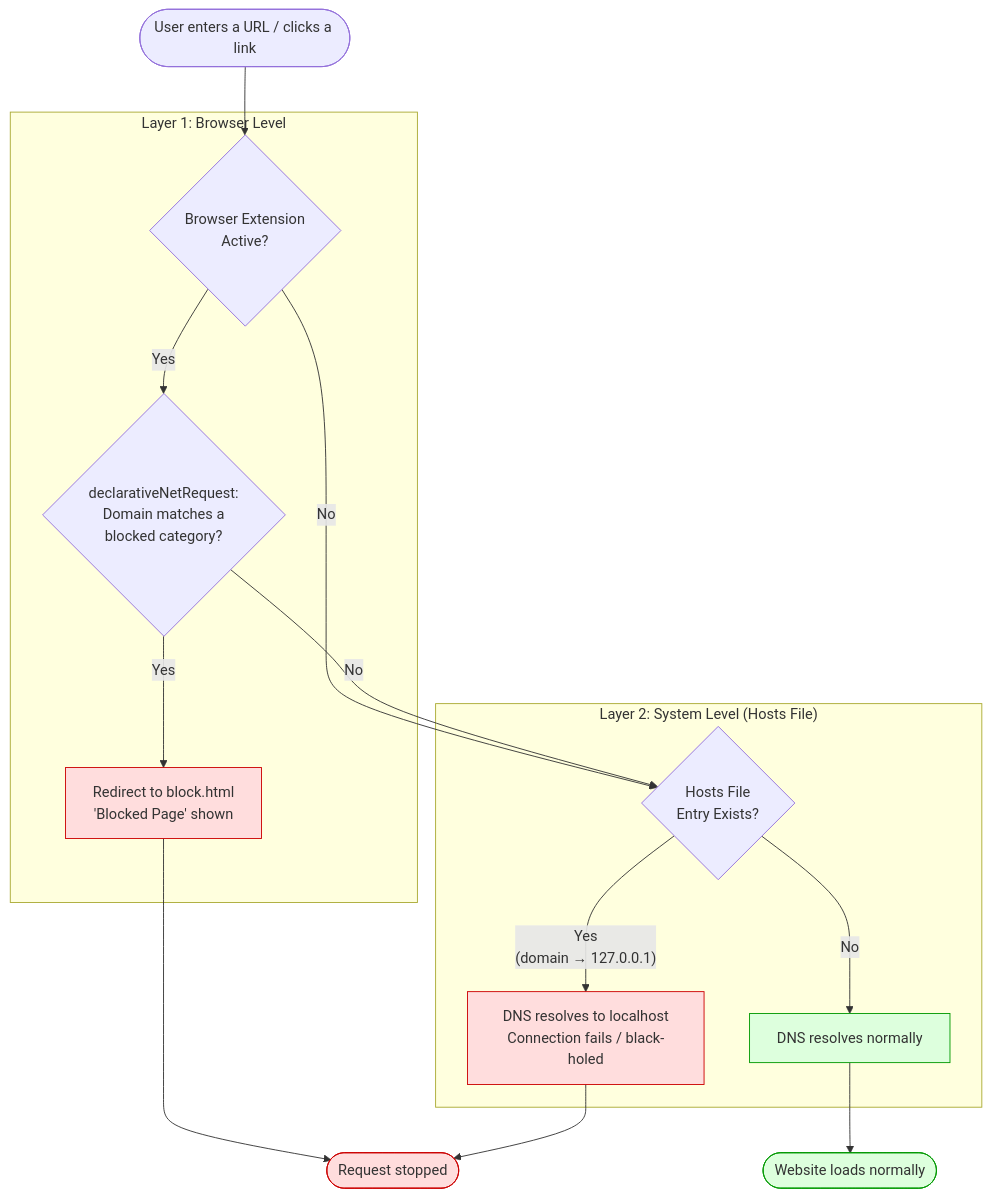
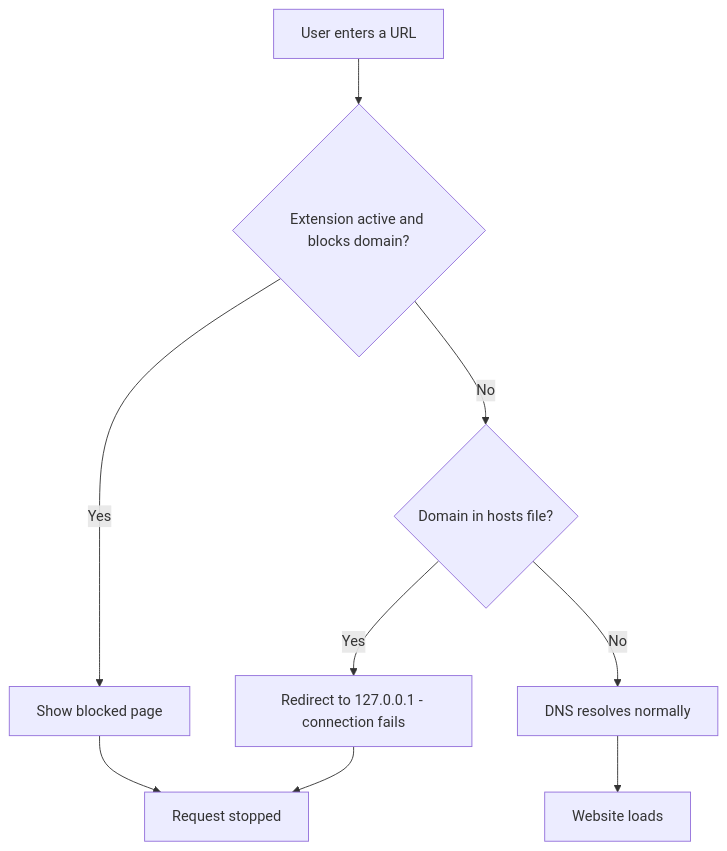
The diagram in README.md (RahulPrsad/BlockNet), drawn with Mermaid before and after one commit.

Commit message:
Update flowchart in README for clarity

````diff
--- a/README.md
+++ b/README.md
@@ -96,34 +96,11 @@
 ```mermaid
 flowchart TD
-    A([User enters a URL / clicks a link]) --> B{Browser Extension\nActive?}
-
-    B -- No --> H{Hosts File\nEntry Exists?}
-    B -- Yes --> C{declarativeNetRequest:\nDomain matches a\nblocked category?}
-
-    C -- Yes --> D[Redirect to block.html\n'Blocked Page' shown]
-    C -- No --> H
-
-    H -- Yes\n(domain → 127.0.0.1) --> E[DNS resolves to localhost\nConnection fails / black-holed]
+    A[User enters a URL] --> B{Extension active and blocks domain?}
+    B -- Yes --> D[Show blocked page]
+    B -- No --> H{Domain in hosts file?}
+    H -- Yes --> E[Redirect to 127.0.0.1 - connection fails]
     H -- No --> F[DNS resolves normally]
-
-    F --> G([Website loads normally])
-    D --> Z([Request stopped])
+    F --> G[Website loads]
+    D --> Z[Request stopped]
     E --> Z
-
-    subgraph L1 [" Layer 1: Browser Level "]
-        B
-        C
-        D
-    end
-
-    subgraph L2 [" Layer 2: System Level (Hosts File) "]
-        H
-        E
-        F
-    end
-
-    classDef blocked fill:#ffdddd,stroke:#cc0000,stroke-width:1px;
-    classDef allowed fill:#ddffdd,stroke:#009900,stroke-width:1px;
-    class D,E,Z blocked;
-    class F,G allowed;
 ```
````
